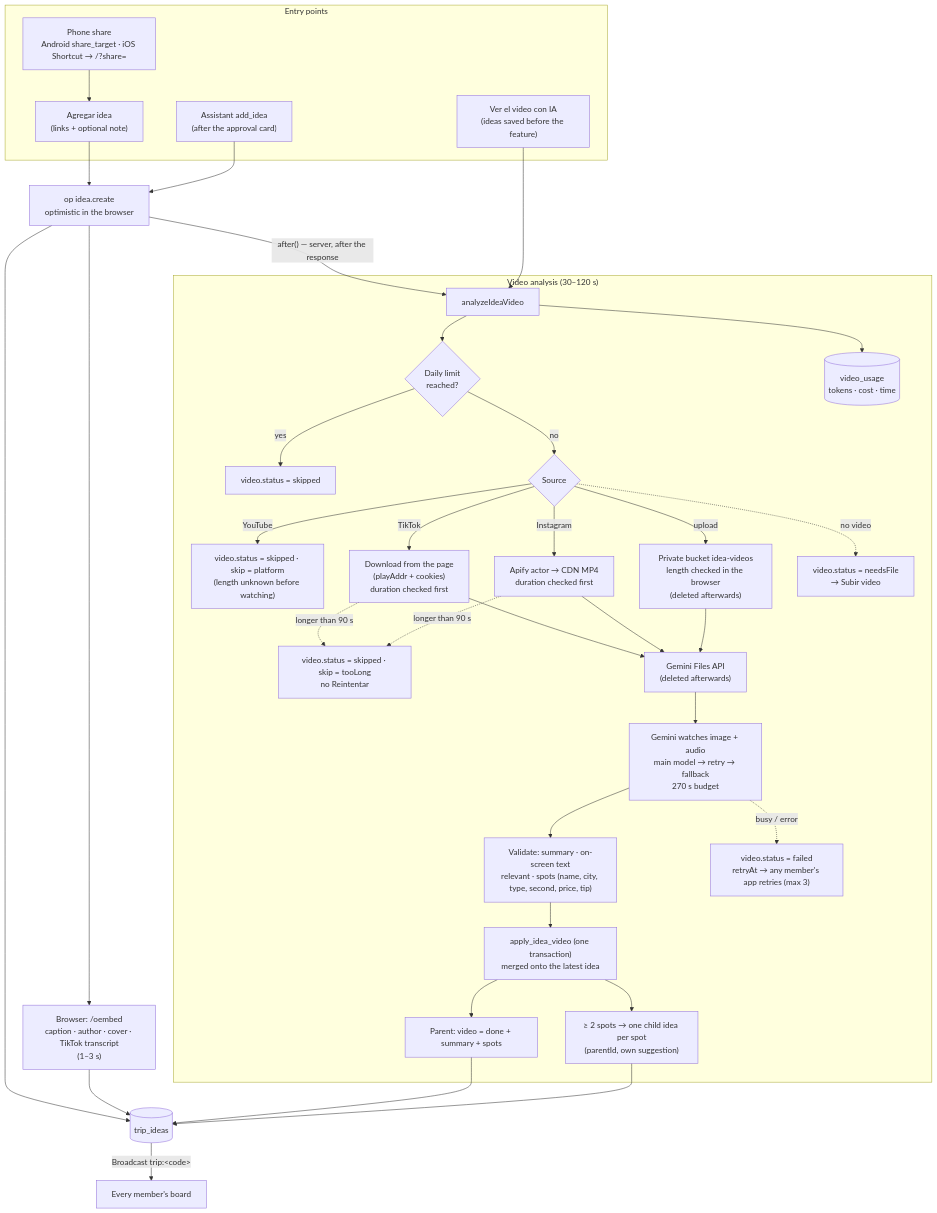
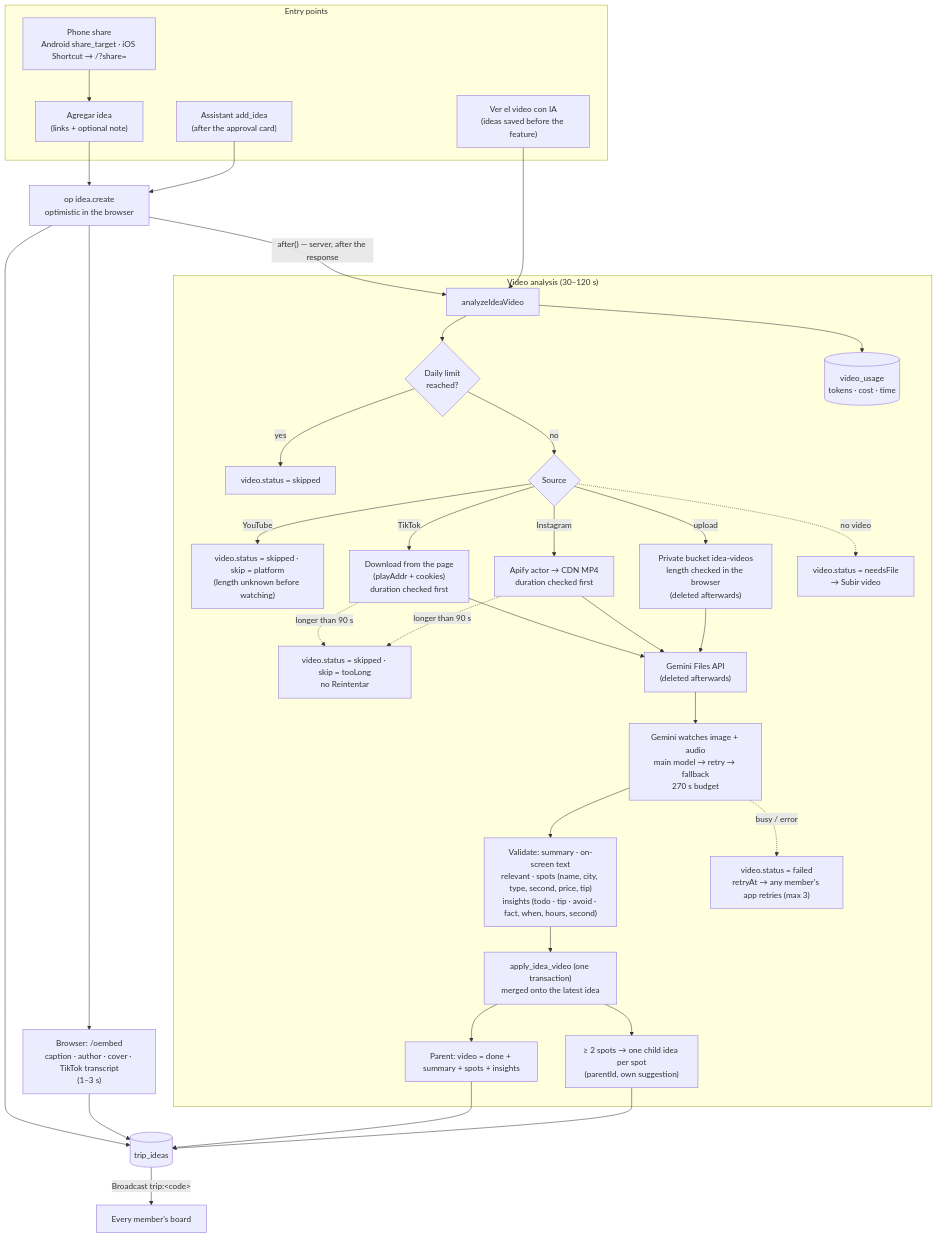
Before and after one commit to Wiljo2/TravelWith: the first of 4 diagrams in docs/ideas-flow.md, drawn with Mermaid. The commit also changed 16 other files, not shown here.

First line of the commit message:
feat(ideas): extract insights (todo, tip, avoid, fact) from short videos

````diff
--- a/docs/ideas-flow.md
+++ b/docs/ideas-flow.md
@@ -7,43 +7,43 @@
 ```mermaid
 flowchart TD
   subgraph In["Entry points"]
     Form["Agregar idea<br/>(links + optional note)"]
     Share["Phone share<br/>Android share_target · iOS Shortcut → /?share="]
     Agent["Assistant add_idea<br/>(after the approval card)"]
     Old["Ver el video con IA<br/>(ideas saved before the feature)"]
   end
 
   Form --> Create
   Share --> Form
   Agent --> Create
   Create["op idea.create<br/>optimistic in the browser"] --> Row[("trip_ideas")]
   Row -- "Broadcast trip:&lt;code&gt;" --> Members["Every member's board"]
 
   Create --> Meta["Browser: /oembed<br/>caption · author · cover · TikTok transcript<br/>(1–3 s)"]
   Meta --> Row
 
   Create -- "after() — server, after the response" --> Analyze
   Old --> Analyze
 
   subgraph Server["Video analysis (30–120 s)"]
     Analyze["analyzeIdeaVideo"] --> Quota{"Daily limit<br/>reached?"}
     Quota -- yes --> Skipped["video.status = skipped"]
     Quota -- no --> Source{"Source"}
     Source -- "YouTube" --> NoYT["video.status = skipped · skip = platform<br/>(length unknown before watching)"]
     Source -- TikTok --> DL["Download from the page<br/>(playAddr + cookies)<br/>duration checked first"]
     Source -- Instagram --> Apify["Apify actor → CDN MP4<br/>duration checked first"]
     DL & Apify -. "longer than 90 s" .-> TooLong["video.status = skipped · skip = tooLong<br/>no Reintentar"]
     Source -- "upload" --> Bucket["Private bucket idea-videos<br/>length checked in the browser<br/>(deleted afterwards)"]
     DL & Apify & Bucket --> Files["Gemini Files API<br/>(deleted afterwards)"]
     Files --> Gemini["Gemini watches image + audio<br/>main model → retry → fallback<br/>270 s budget"]
-    Gemini --> Parse["Validate: summary · on-screen text<br/>relevant · spots (name, city, type, second, price, tip)"]
+    Gemini --> Parse["Validate: summary · on-screen text<br/>relevant · spots (name, city, type, second, price, tip)<br/>insights (todo · tip · avoid · fact, when, hours, second)"]
     Parse --> Write["apply_idea_video (one transaction)<br/>merged onto the latest idea"]
-    Write --> Parent["Parent: video = done + summary + spots"]
+    Write --> Parent["Parent: video = done + summary + spots + insights"]
     Write --> Children["≥ 2 spots → one child idea per spot<br/>(parentId, own suggestion)"]
     Gemini -. busy / error .-> Failed["video.status = failed<br/>retryAt → any member's app retries (max 3)"]
     Source -. "no video" .-> NeedsFile["video.status = needsFile<br/>→ Subir video"]
     Analyze --> Usage[("video_usage<br/>tokens · cost · time")]
   end
 
   Parent & Children --> Row
 ```
````
